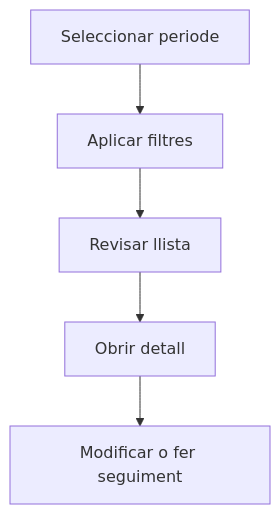
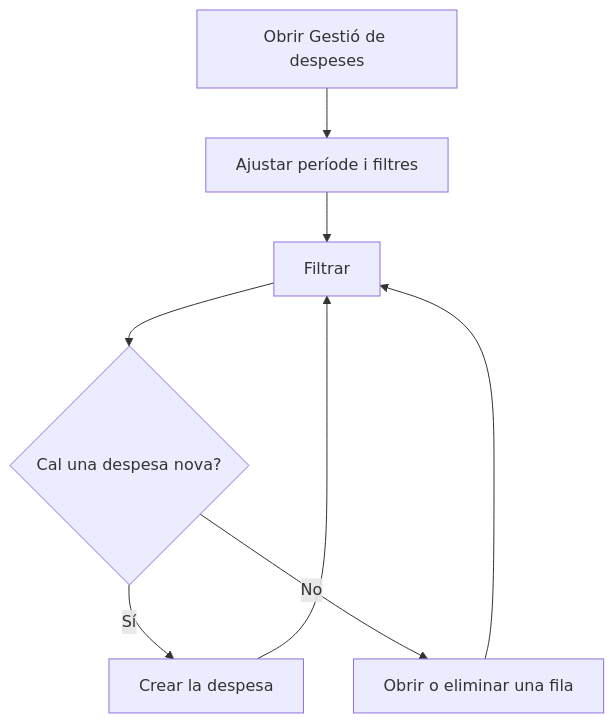
One commit to MGurtD/lilith changed the diagram in frontend/src/help/ca/purchase/expense/list.md. Above: the diagram before and after it, drawn with Mermaid. The commit also changed other lines of this file and 331 other files, not shown here.

````diff
--- a/frontend/src/help/ca/purchase/expense/list.md
+++ b/frontend/src/help/ca/purchase/expense/list.md
@@ -34,7 +40,10 @@
 ```mermaid
 flowchart TD
-    A[Seleccionar periode] --> B[Aplicar filtres]
-    B --> C[Revisar llista]
-    C --> D[Obrir detall]
-    D --> E[Modificar o fer seguiment]
+    A[Obrir Gestió de despeses] --> B[Ajustar període i filtres]
+    B --> C[Filtrar]
+    C --> D{Cal una despesa nova?}
+    D -->|Sí| E[Crear la despesa]
+    D -->|No| F[Obrir o eliminar una fila]
+    E --> C
+    F --> C
 ```
````
